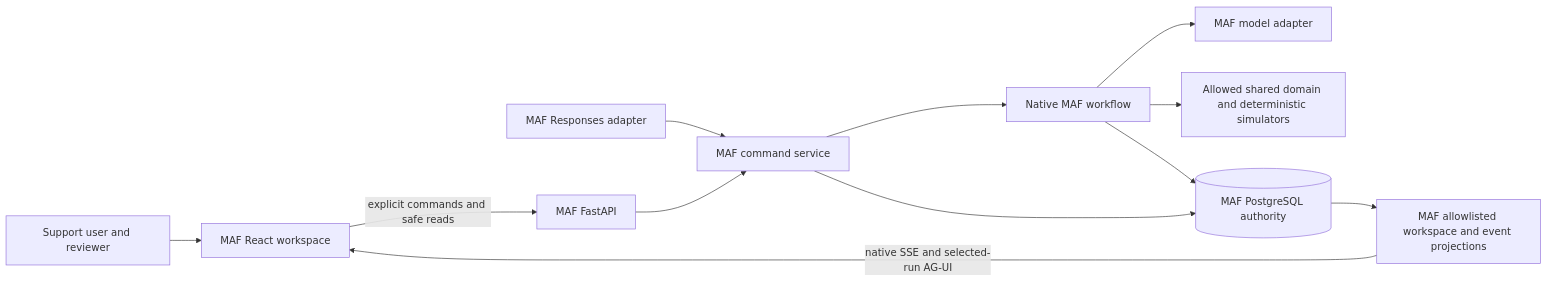
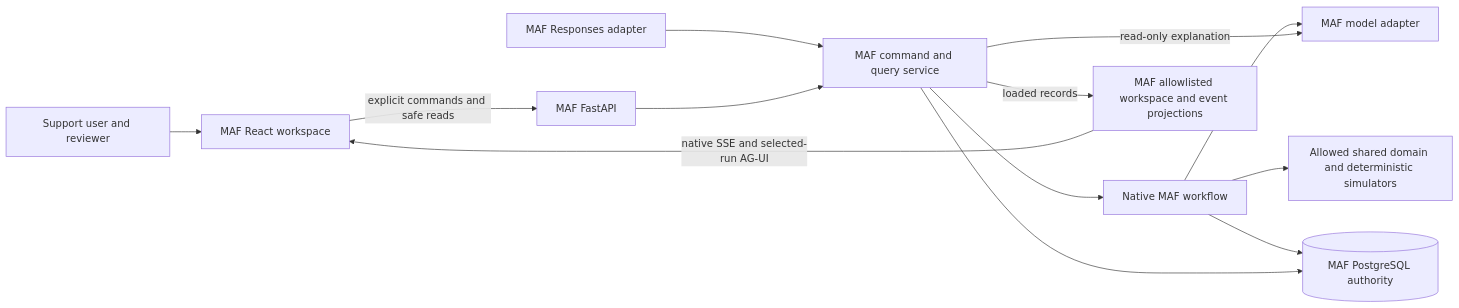
One commit to ppenumatsa1/model-to-harness changed the first of 4 diagrams in agent-framework/double-charge/maf/docs/design/architecture.md. Above: the diagram before and after it, drawn with Mermaid. The commit also changed other lines of this file and 24 other files, not shown here.

First line of the commit message:
refactor(maf): route business queries through application service

````diff
--- a/agent-framework/double-charge/maf/docs/design/architecture.md
+++ b/agent-framework/double-charge/maf/docs/design/architecture.md
@@ -16,14 +16,15 @@
 ```mermaid
 flowchart LR
     Human[Support user and reviewer] --> UI[MAF React workspace]
     UI -->|explicit commands and safe reads| API[MAF FastAPI]
-    Hosted[MAF Responses adapter] --> Service[MAF command service]
+    Hosted[MAF Responses adapter] --> Service[MAF command and query service]
     API --> Service
     Service --> Workflow[Native MAF workflow]
     Workflow --> Model[MAF model adapter]
     Workflow --> Domain[Allowed shared domain and deterministic simulators]
     Workflow --> Store[(MAF PostgreSQL authority)]
     Service --> Store
-    Store --> Projection[MAF allowlisted workspace and event projections]
+    Service -->|loaded records| Projection[MAF allowlisted workspace and event projections]
+    Service -->|read-only explanation| Model
     Projection -->|native SSE and selected-run AG-UI| UI
 ```
````
